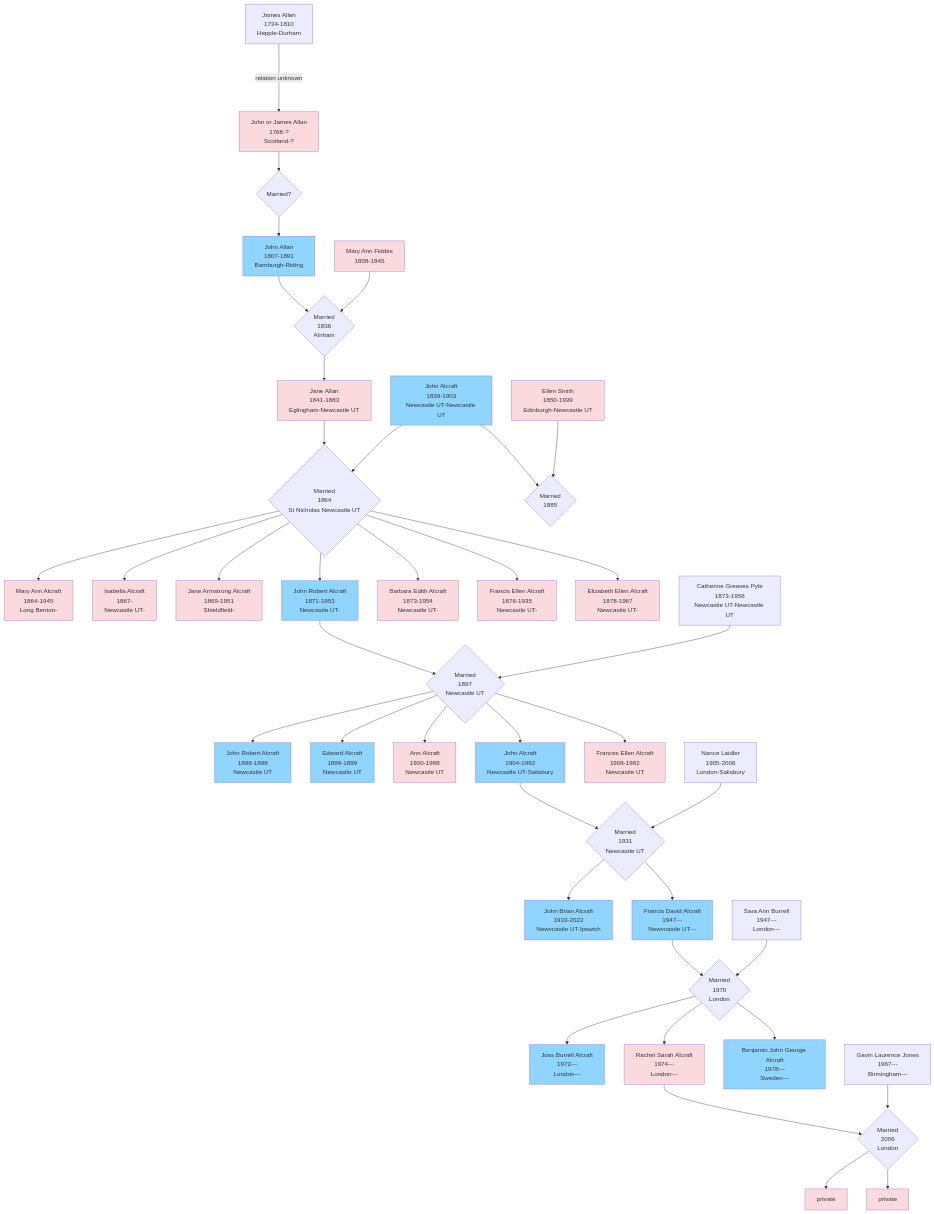
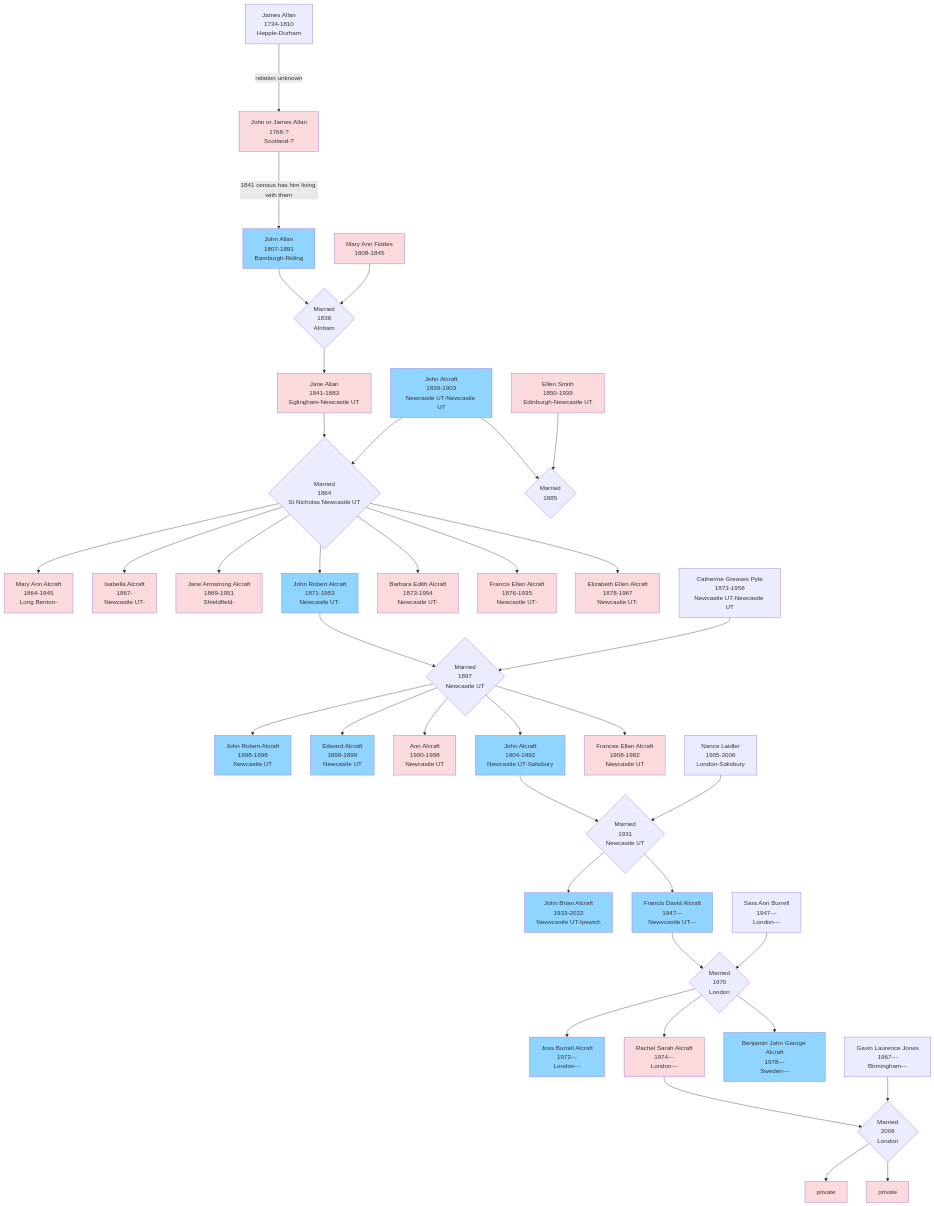
One commit to RachelAlcraft/family-tree changed the diagram in docs/index.md. Above: the diagram before and after it, drawn with Mermaid.

```diff
--- a/docs/index.md
+++ b/docs/index.md
@@ -10,8 +10,7 @@
 JA00[John or James Allan\n1768-?\nScotland-?]
 style JA00 fill:#FADADD;
 click JA00 "https://www.wikitree.com/wiki/Allan-4870" "JA00";
-JA00 --> JA00UKN{Married?};
-JA00UKN --> JA0;
+JA00 ----> |1841 census has him living with them| JA0;
 JA0[John Allan\n1807-1891\nBamburgh-Riding]
 style JA0 fill:#90d5ff
 MAF[Mary Ann Fiddes\n1808-1845];
```
